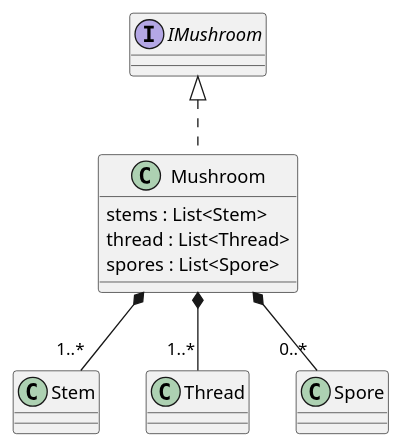
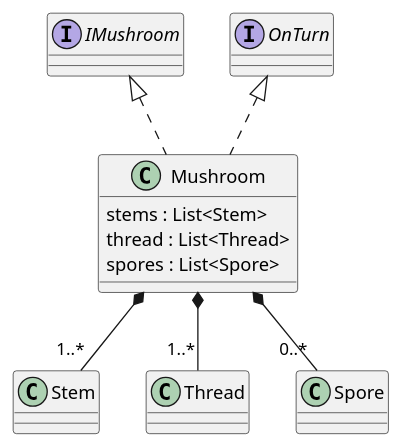
One commit to Petya-G/fungorium changed the diagram in 4/classes/mushroom.puml. Above: the diagram before and after it, drawn with PlantUML.

```diff
--- a/4/classes/mushroom.puml
+++ b/4/classes/mushroom.puml
@@ -1,11 +1,11 @@
 @startuml mushroom
 
 Mushroom *-- "1..*" Stem
 Mushroom *-- "1..*" Thread
 Mushroom *-- "0..*" Spore
-class Mushroom implements IMushroom{
+class Mushroom implements IMushroom, OnTurn{
     stems : List<Stem>
     thread : List<Thread>
     spores : List<Spore>
 }
 @enduml
```
